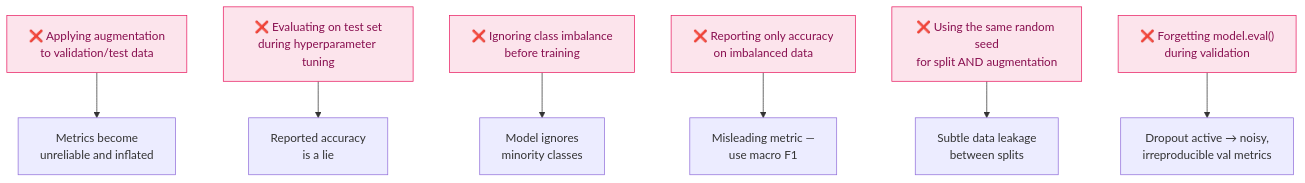
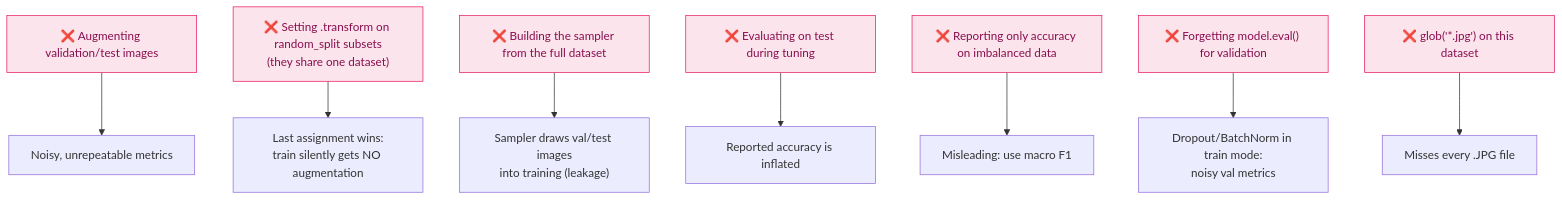
Diagram 11 of 11 in docs/PHASE_1_ML_THEORY_AND_DATA.md (Paulmburu/ai-crop-disease-platform), drawn with Mermaid before and after one commit. The commit also changed other lines of this file and 7 other files, not shown here.

````diff
--- a/docs/PHASE_1_ML_THEORY_AND_DATA.md
+++ b/docs/PHASE_1_ML_THEORY_AND_DATA.md
@@ -1855,11 +2131,12 @@
 ```mermaid
 flowchart TD
-    M1["❌ Applying augmentation\nto validation/test data"]:::bad --> F1["Metrics become\nunreliable and inflated"]
-    M2["❌ Evaluating on test set\nduring hyperparameter tuning"]:::bad --> F2["Reported accuracy\n is a lie"]
-    M3["❌ Ignoring class imbalance\nbefore training"]:::bad --> F3["Model ignores\nminority classes"]
-    M4["❌ Reporting only accuracy\non imbalanced data"]:::bad --> F4["Misleading metric —\nuse macro F1"]
-    M5["❌ Using the same random seed\nfor split AND augmentation"]:::bad --> F5["Subtle data leakage\nbetween splits"]
-    M6["❌ Forgetting model.eval()\nduring validation"]:::bad --> F6["Dropout active → noisy,\nirreproducible val metrics"]
+    M1["❌ Augmenting validation/test images"]:::bad --> F1["Noisy, unrepeatable metrics"]
+    M2["❌ Setting .transform on random_split subsets<br/>(they share one dataset)"]:::bad --> F2["Last assignment wins:<br/>train silently gets NO augmentation"]
+    M3["❌ Building the sampler from the full dataset"]:::bad --> F3["Sampler draws val/test images<br/>into training (leakage)"]
+    M4["❌ Evaluating on test during tuning"]:::bad --> F4["Reported accuracy is inflated"]
+    M5["❌ Reporting only accuracy on imbalanced data"]:::bad --> F5["Misleading: use macro F1"]
+    M6["❌ Forgetting model.eval() for validation"]:::bad --> F6["Dropout/BatchNorm in train mode:<br/>noisy val metrics"]
+    M7["❌ glob('*.jpg') on this dataset"]:::bad --> F7["Misses every .JPG file"]
 
     classDef bad fill:#fce4ec,stroke:#e91e63,color:#880e4f
 ```
````
